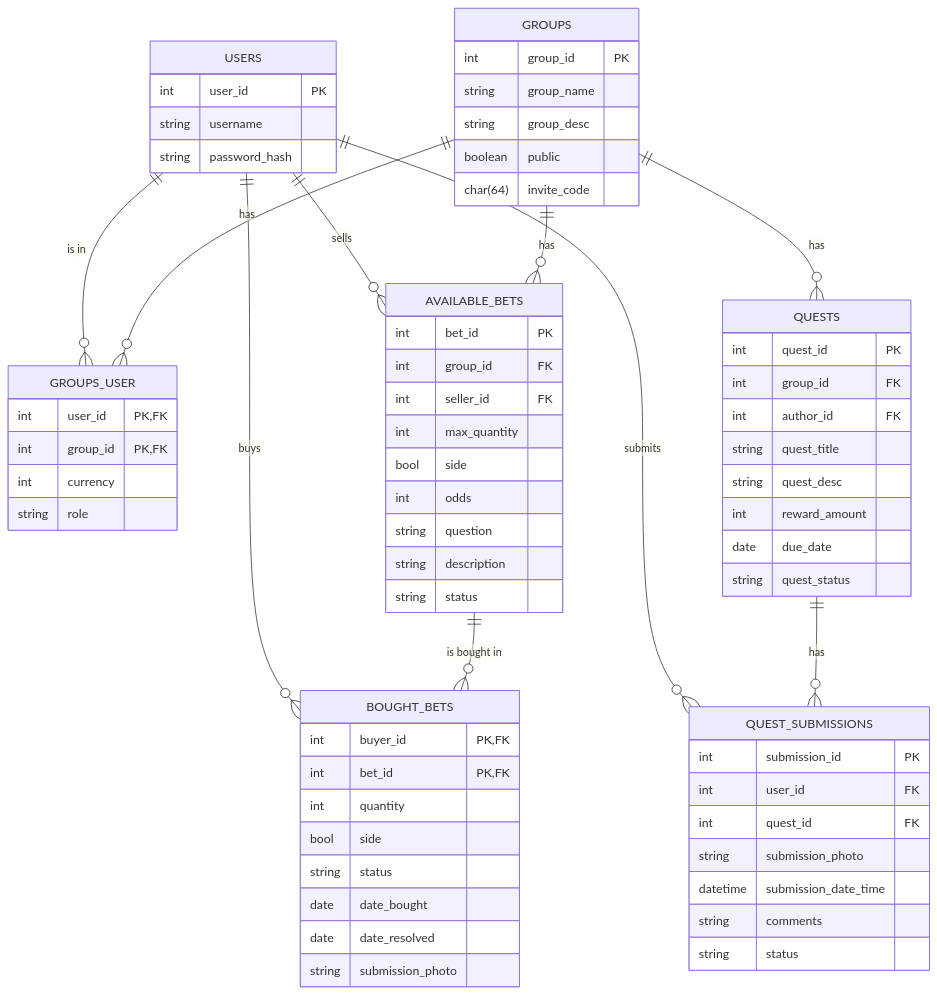
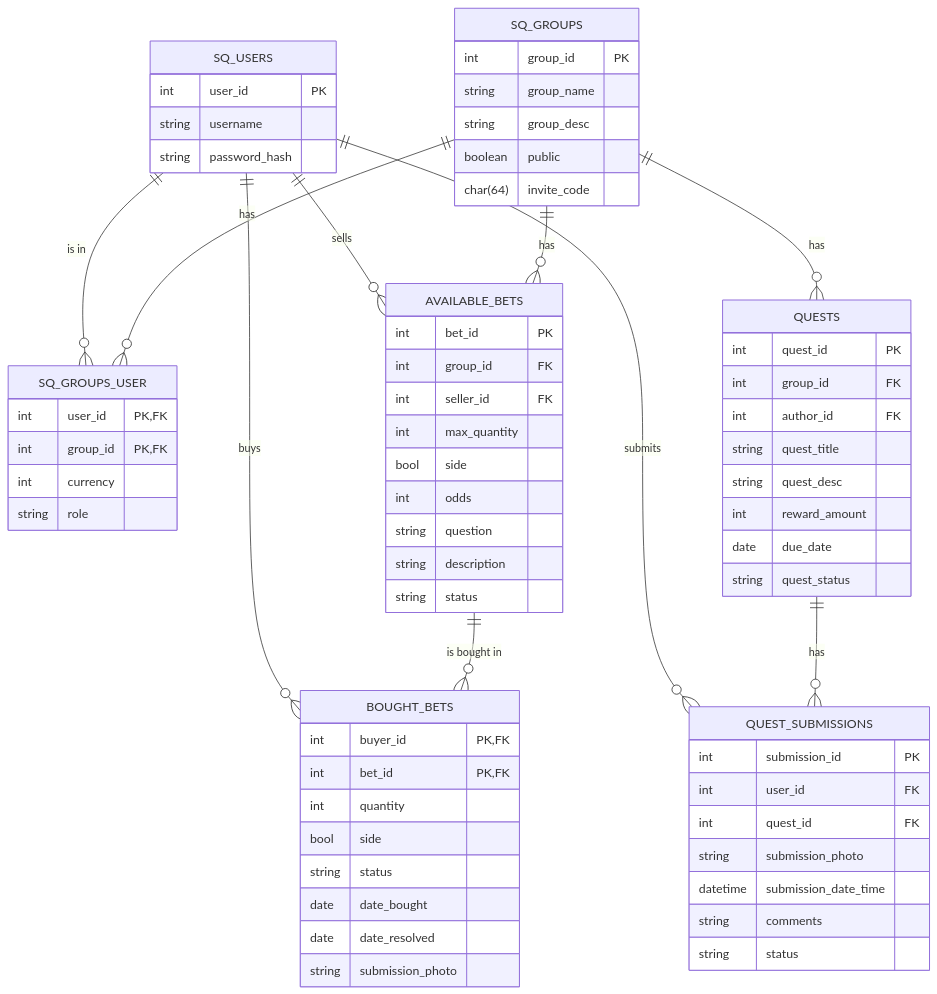
Before and after one commit to jdolak/sidequest: the diagram in docs/erd.md, drawn with Mermaid. The commit also changed 10 other files, not shown here.

````diff
--- a/docs/erd.md
+++ b/docs/erd.md
@@ -1,78 +1,78 @@
 ```mermaid
 erDiagram
-    USERS {
+    SQ_USERS {
         int user_id PK
         string username
         string password_hash
     }
 
-    GROUPS {
+    SQ_GROUPS {
         int group_id PK
         string group_name
         string group_desc
         boolean public
         char(64) invite_code
     }
 
-    GROUPS_USER {
+    SQ_GROUPS_USER {
         int user_id PK,FK
         int group_id PK,FK
         int currency
         string role
     }
 
     AVAILABLE_BETS {
         int bet_id PK
         int group_id FK
         int seller_id FK
         int max_quantity
         bool side
         int odds
         string question
         string description
         string status
     }
 
     BOUGHT_BETS {
         int buyer_id PK,FK
         int bet_id PK,FK
         int quantity
         bool side
         string status
         date date_bought
         date date_resolved
         string submission_photo
     }
 
     QUESTS {
         int quest_id PK
         int group_id FK
         int author_id FK
         string quest_title
         string quest_desc
         int reward_amount
         date due_date
         string quest_status
     }
 
     QUEST_SUBMISSIONS {
         int submission_id PK
         int user_id FK
         int quest_id FK
         string submission_photo
         datetime submission_date_time
         string comments
         string status
     }
 
-    USERS ||--o{ GROUPS_USER : "is in"
-    GROUPS ||--o{ GROUPS_USER : "has"
-    USERS ||--o{ AVAILABLE_BETS : "sells"
-    GROUPS ||--o{ AVAILABLE_BETS : "has"
-    USERS ||--o{ BOUGHT_BETS : "buys"
+    SQ_USERS ||--o{ SQ_GROUPS_USER : "is in"
+    SQ_GROUPS ||--o{ SQ_GROUPS_USER : "has"
+    SQ_USERS ||--o{ AVAILABLE_BETS : "sells"
+    SQ_GROUPS ||--o{ AVAILABLE_BETS : "has"
+    SQ_USERS ||--o{ BOUGHT_BETS : "buys"
     AVAILABLE_BETS ||--o{ BOUGHT_BETS : "is bought in"
-    GROUPS ||--o{ QUESTS : "has"
-    USERS ||--o{ QUEST_SUBMISSIONS : "submits"
+    SQ_GROUPS ||--o{ QUESTS : "has"
+    SQ_USERS ||--o{ QUEST_SUBMISSIONS : "submits"
     QUESTS ||--o{ QUEST_SUBMISSIONS : "has"
 
 ```
````
